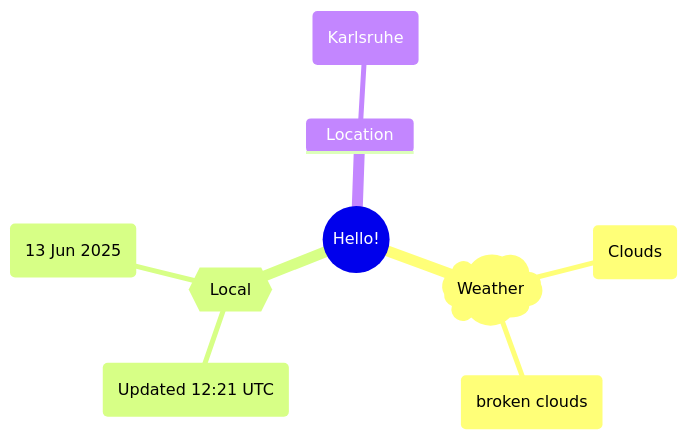
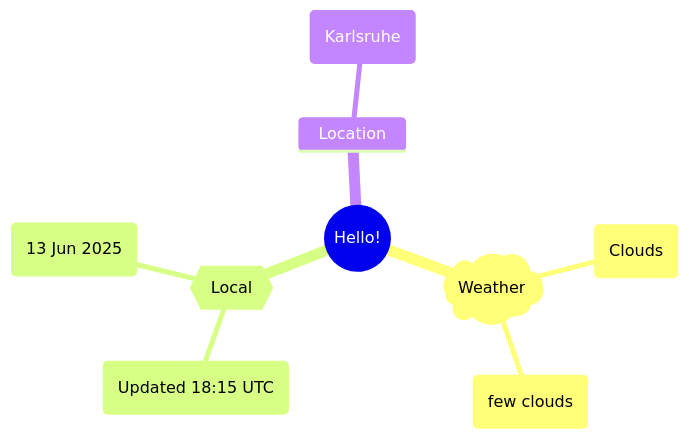
One commit to Xosrov/Xosrov changed the first of 2 diagrams in README.md. Above: the diagram before and after it, drawn with Mermaid.

Commit message:
[bot] updated images

````diff
--- a/README.md
+++ b/README.md
@@ -3,12 +3,12 @@
 ```mermaid
 mindmap
   root((Hello!))
     )Weather(
         (Clouds)
-        (broken clouds)
+        (few clouds)
     {{Local}}
-        (Updated 12:21 UTC)
+        (Updated 18:15 UTC)
         (13 Jun 2025)
     Location
         (Karlsruhe)
 ```
````
